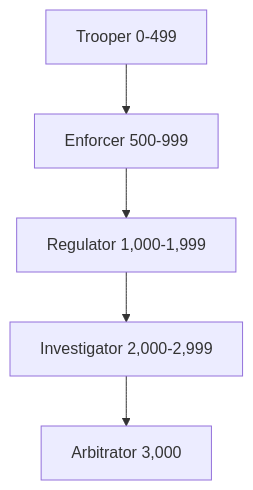
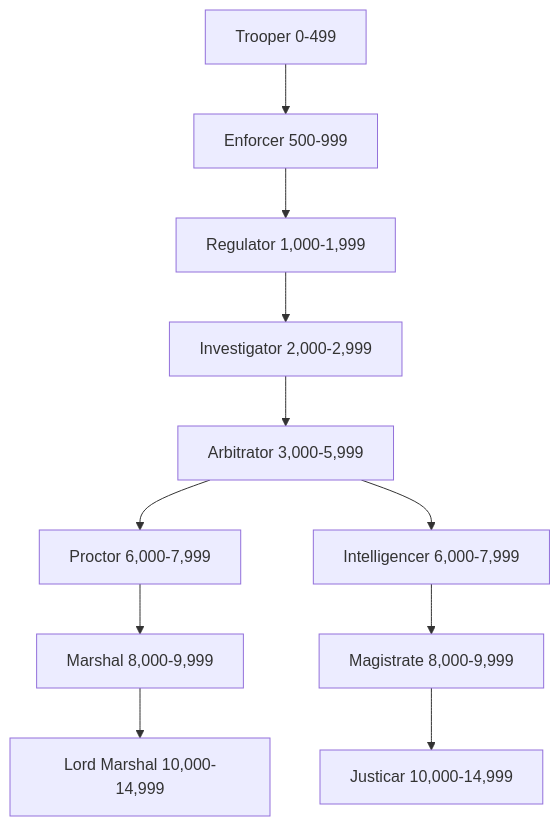
One commit to zyzyx159/Rule-books changed the diagram in Arbitrator.md. Above: the diagram before and after it, drawn with Mermaid. The commit also changed 3 other files, not shown here.

````diff
--- a/Arbitrator.md
+++ b/Arbitrator.md
@@ -33,7 +33,13 @@
 ```mermaid
 graph TD
 A[Trooper 0-499] --> B[Enforcer 500-999]
 B --> C[Regulator 1,000-1,999]
 C --> D[Investigator 2,000-2,999]
-D --> E[Arbitrator 3,000]
+D --> E[Arbitrator 3,000-5,999]
+E --> F[Proctor 6,000-7,999]
+F --> G[Marshal 8,000-9,999]
+G --> H[Lord Marshal 10,000-14,999]
+E --> I[Intelligencer 6,000-7,999]
+I --> J[Magistrate 8,000-9,999]
+J --> K[Justicar 10,000-14,999]
 ```
````
